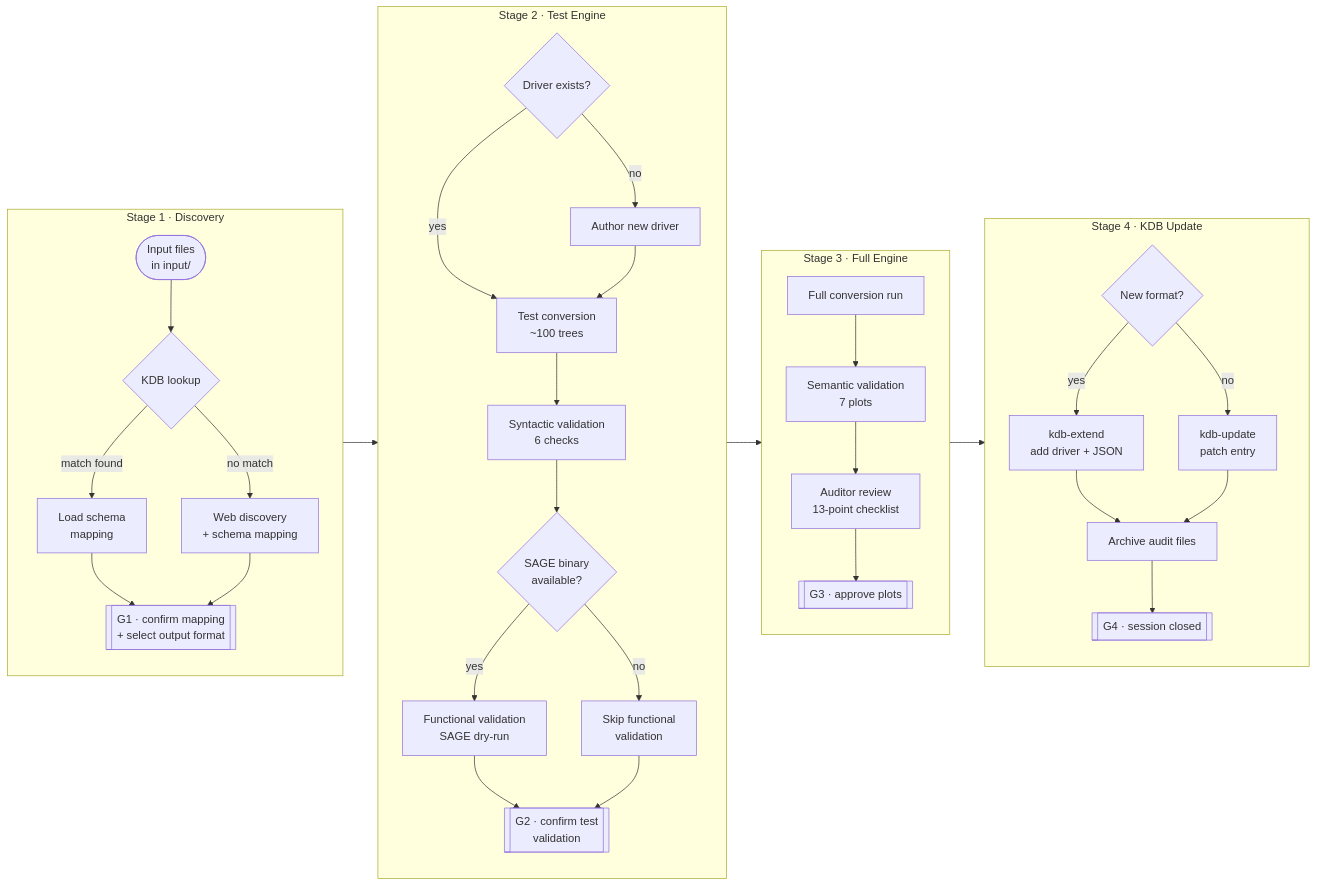
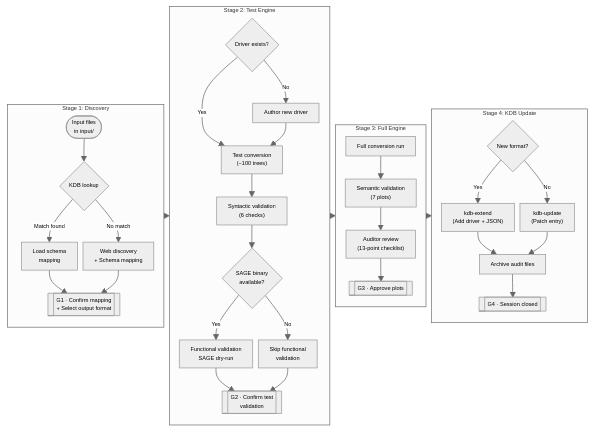
One commit to robmost/sage_tree_converter changed the diagram in README.md. Above: the diagram before and after it, drawn with Mermaid. The commit also changed other lines of this file and 1 other file, not shown here.

Commit message:
fix: clarify writer unit convention in documentation

````diff
--- a/README.md
+++ b/README.md
@@ -29,43 +29,54 @@
 ```mermaid
+---
+config:
+    theme: neutral
+    flowchart:
+        rankSpacing:  8
+        nodeSpacing: 8
+        padding: 8
+        curve: basis
+    themeVariables:
+        fontSize: 8px
+---
 flowchart LR
-    subgraph s1["Stage 1 · Discovery"]
+    subgraph s1["Stage 1: Discovery"]
         direction TB
         a(["Input files<br/>in input/"]) --> b{"KDB lookup"}
-        b -- "match found" --> c["Load schema<br/>mapping"]
-        b -- "no match" --> d["Web discovery<br/>+ schema mapping"]
-        c & d --> g1[["G1 · confirm mapping<br/>+ select output format"]]
+        b -- "Match found" --> c["Load schema<br/>mapping"]
+        b -- "No match" --> d["Web discovery<br/>+ Schema mapping"]
+        c & d --> g1[["G1 · Confirm mapping<br/>+ Select output format"]]
     end
 
-    subgraph s2["Stage 2 · Test Engine"]
+    subgraph s2["Stage 2: Test Engine"]
         direction TB
         e{"Driver exists?"}
-        e -- "yes" --> f["Test conversion<br/>~100 trees"]
-        e -- "no" --> g["Author new driver"] --> f
-        f --> h["Syntactic validation<br/>6 checks"]
+        e -- "Yes" --> f["Test conversion<br/>(~100 trees)"]
+        e -- "No" --> g["Author new driver"] --> f
+        f --> h["Syntactic validation<br/>(6 checks)"]
         h --> i{"SAGE binary<br/>available?"}
-        i -- "yes" --> j["Functional validation<br/>SAGE dry-run"]
-        i -- "no" --> k["Skip functional<br/>validation"]
-        j & k --> g2[["G2 · confirm test<br/>validation"]]
+        i -- "Yes" --> j["Functional validation<br/>SAGE dry-run"]
+        i -- "No" --> k["Skip functional<br/>validation"]
+        j & k --> g2[["G2 · Confirm test<br/>validation"]]
     end
 
-    subgraph s3["Stage 3 · Full Engine"]
+    subgraph s3["Stage 3: Full Engine"]
         direction TB
         l["Full conversion run"]
-        l --> m["Semantic validation<br/>7 plots"]
-        m --> n["Auditor review<br/>13-point checklist"]
-        n --> g3[["G3 · approve plots"]]
+        l --> m["Semantic validation<br/>(7 plots)"]
+        m --> n["Auditor review<br/>(13-point checklist)"]
+        n --> g3[["G3 · Approve plots"]]
     end
 
-    subgraph s4["Stage 4 · KDB Update"]
+    subgraph s4["Stage 4: KDB Update"]
         direction TB
         o{"New format?"}
-        o -- "yes" --> p["kdb-extend<br/>add driver + JSON"]
-        o -- "no" --> q["kdb-update<br/>patch entry"]
+        o -- "Yes" --> p["kdb-extend<br/>(Add driver + JSON)"]
+        o -- "No" --> q["kdb-update<br/>(Patch entry)"]
         p & q --> r["Archive audit files"]
-        r --> g4[["G4 · session closed"]]
+        r --> g4[["G4 · Session closed"]]
     end
 
-    g1 --> e
-    g2 --> l
-    g3 --> o
+    s1 --> s2
+    s2 --> s3
+    s3 --> s4
 ```
````
